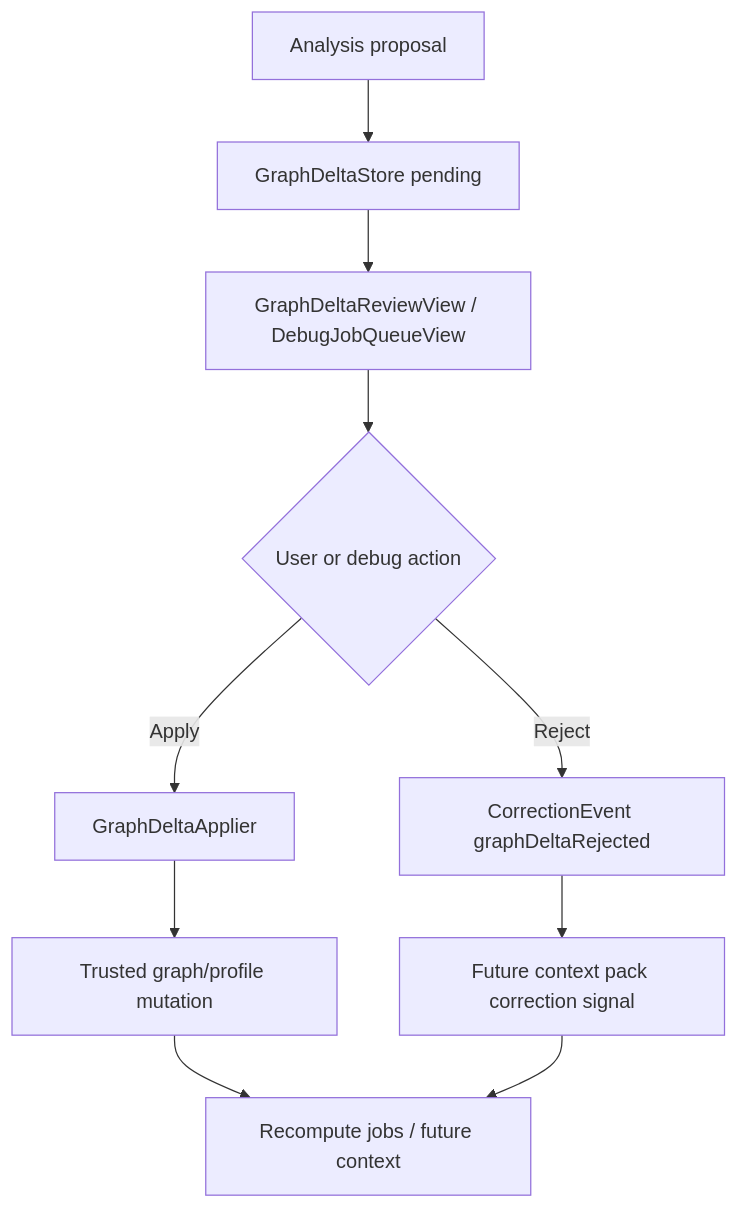
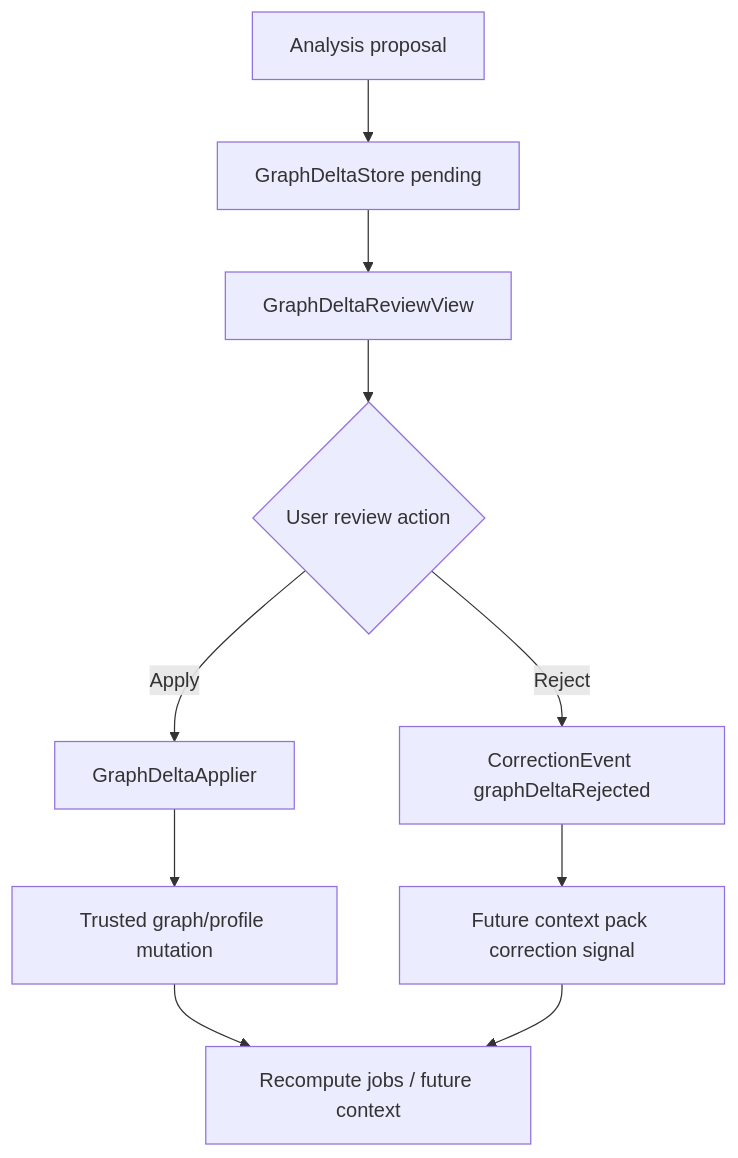
One commit to daaihang/sprout changed the seventh of 8 diagrams in docs/mory_architecture_handbook_2026_05/01_system_overview_and_runtime_flows.md. Above: the diagram before and after it, drawn with Mermaid. The commit also changed 20 other files, not shown here.

````diff
--- a/docs/mory_architecture_handbook_2026_05/01_system_overview_and_runtime_flows.md
+++ b/docs/mory_architecture_handbook_2026_05/01_system_overview_and_runtime_flows.md
@@ -227,12 +227,12 @@
 ```mermaid
 flowchart TD
     A["Analysis proposal"] --> B["GraphDeltaStore pending"]
-    B --> C["GraphDeltaReviewView / DebugJobQueueView"]
-    C --> D{"User or debug action"}
+    B --> C["GraphDeltaReviewView"]
+    C --> D{"User review action"}
     D -->|"Apply"| E["GraphDeltaApplier"]
     D -->|"Reject"| F["CorrectionEvent graphDeltaRejected"]
     E --> G["Trusted graph/profile mutation"]
     F --> H["Future context pack correction signal"]
     G --> I["Recompute jobs / future context"]
     H --> I
 ```
````
